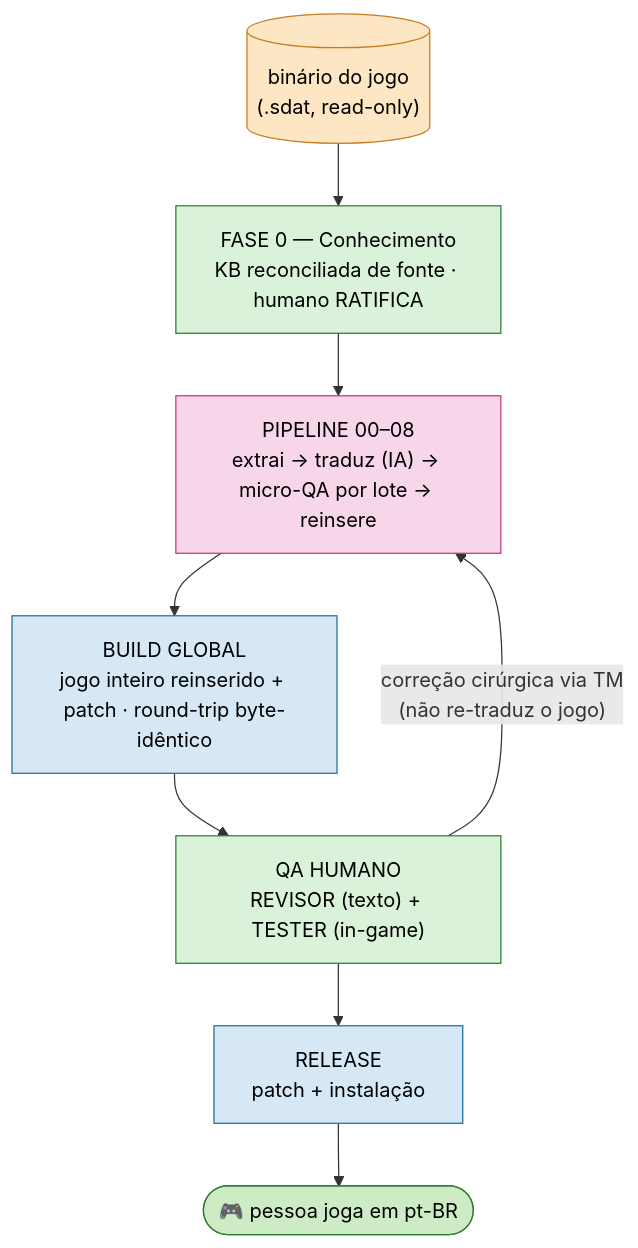
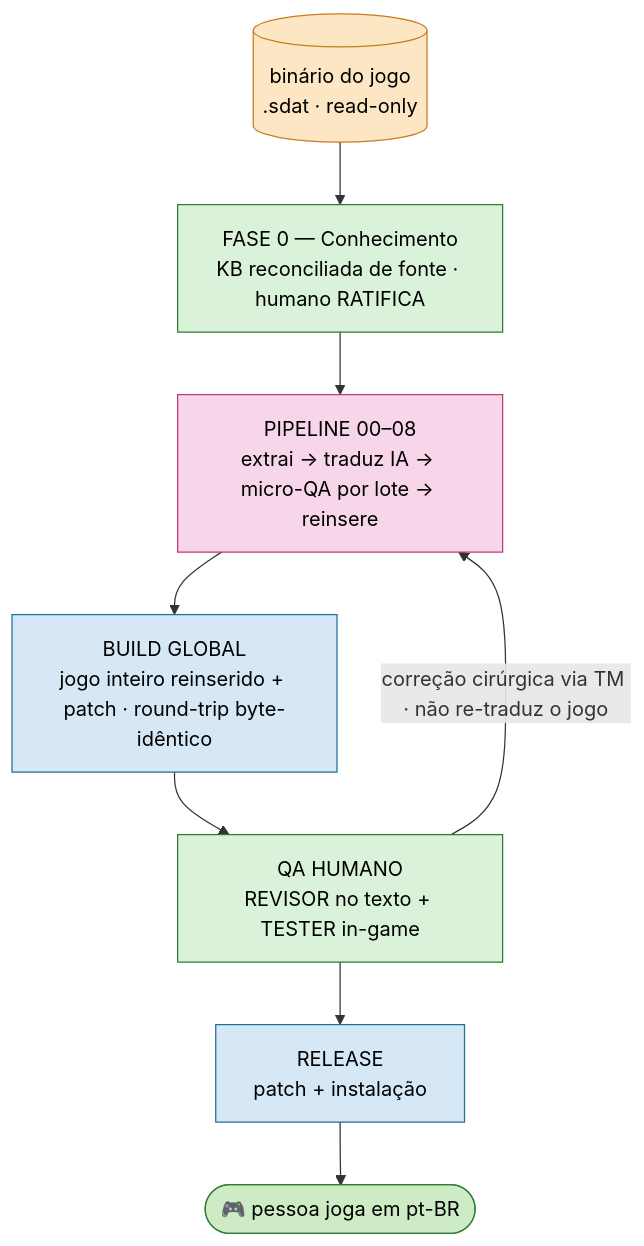
Before and after one commit to scudellerlemos/translation-cognition-framework: the fifth of 5 diagrams in README.md, drawn with Mermaid. The commit also changed 2 other files, not shown here.

Commit message:
fix(docs): conserta diagramas mermaid que quebravam no GitHub
O parser de mermaid do GitHub falha com parênteses dentro de nós cilíndricos
[(...)] e de rótulos de aresta, mesmo entre aspas. Troca os () por · / — nos
rótulos afetados: diagrama macro (README), round-trip (conector) e os cilindros
api_ledger/TM + rótulos de aresta do GOVERNANCE (estes pré-existiam).

````diff
--- a/README.md
+++ b/README.md
@@ -251,16 +251,16 @@
 ```mermaid
 flowchart TB
-  bin[("binário do jogo<br/>(.sdat, read-only)")]:::sta
+  bin[("binário do jogo<br/>.sdat · read-only")]:::sta
   bin --> f0["FASE 0 — Conhecimento<br/>KB reconciliada de fonte · humano RATIFICA"]:::val
-  f0 --> pipe["PIPELINE 00–08<br/>extrai → traduz (IA) → micro-QA por lote → reinsere"]:::cog
+  f0 --> pipe["PIPELINE 00–08<br/>extrai → traduz IA → micro-QA por lote → reinsere"]:::cog
   pipe --> build["BUILD GLOBAL<br/>jogo inteiro reinserido + patch · round-trip byte-idêntico"]:::exe
-  build --> qa["QA HUMANO<br/>REVISOR (texto) + TESTER (in-game)"]:::val
-  qa -->|"correção cirúrgica via TM<br/>(não re-traduz o jogo)"| pipe
+  build --> qa["QA HUMANO<br/>REVISOR no texto + TESTER in-game"]:::val
+  qa -->|"correção cirúrgica via TM · não re-traduz o jogo"| pipe
   qa --> rel["RELEASE<br/>patch + instalação"]:::exe
   rel --> play(["🎮 pessoa joga em pt-BR"]):::good
   classDef cog fill:#f6d6e8,stroke:#c0397b,color:#000;
   classDef sta fill:#fde6c4,stroke:#c97b1f,color:#000;
   classDef exe fill:#d6e8f6,stroke:#1f6f9b,color:#000;
   classDef val fill:#d9f2d9,stroke:#2e7d32,color:#000;
   classDef good fill:#cdebc5,stroke:#2e7d32,color:#000;
 ```
````
